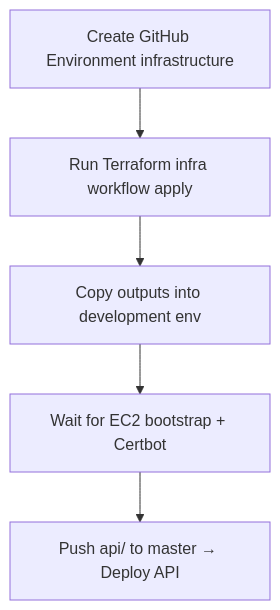
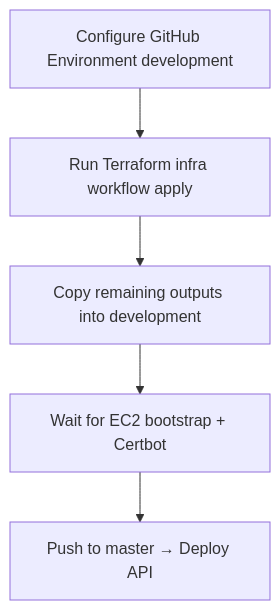
Before and after one commit to ictbells/university-api: the diagram in infra/README.md, drawn with Mermaid. The commit also changed other lines of this file and 3 other files, not shown here.

````diff
--- a/infra/README.md
+++ b/infra/README.md
@@ -47,7 +47,7 @@
 ```mermaid
 flowchart TD
-  A[Create GitHub Environment infrastructure] --> B[Run Terraform infra workflow apply]
-  B --> C[Copy outputs into development env]
+  A[Configure GitHub Environment development] --> B[Run Terraform infra workflow apply]
+  B --> C[Copy remaining outputs into development]
   C --> D[Wait for EC2 bootstrap + Certbot]
-  D --> E[Push api/ to master → Deploy API]
+  D --> E[Push to master → Deploy API]
 ```
````
